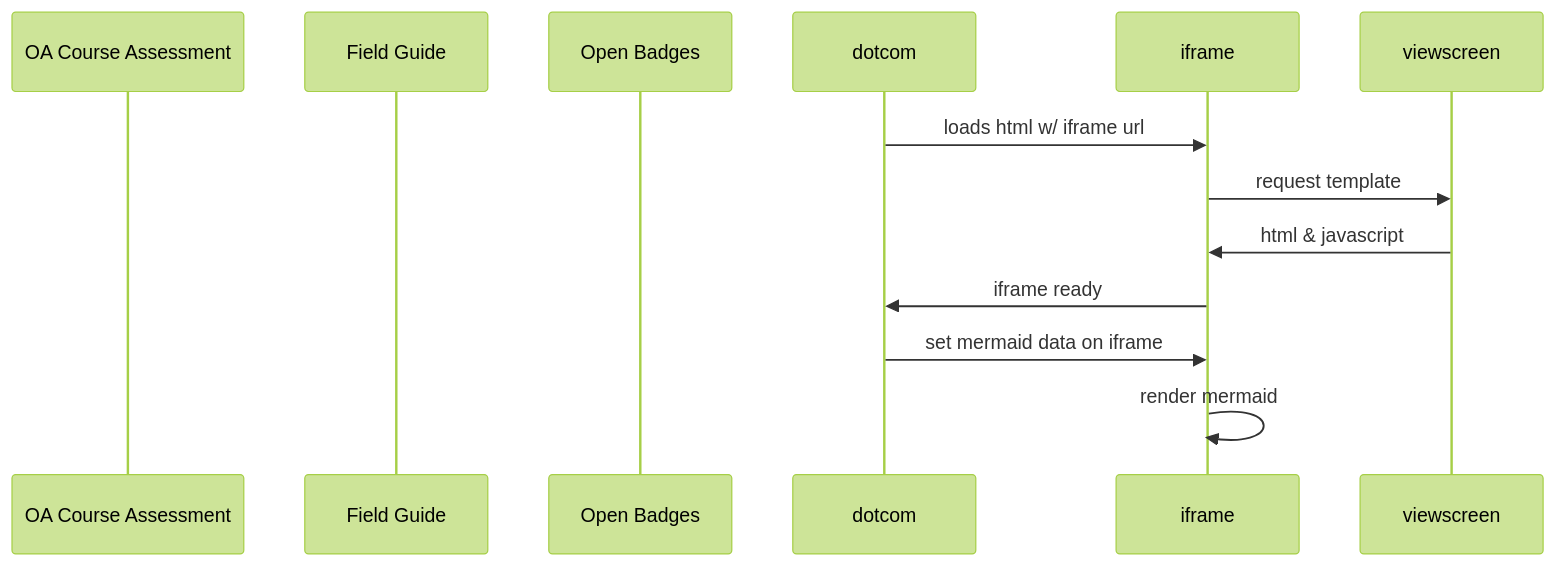
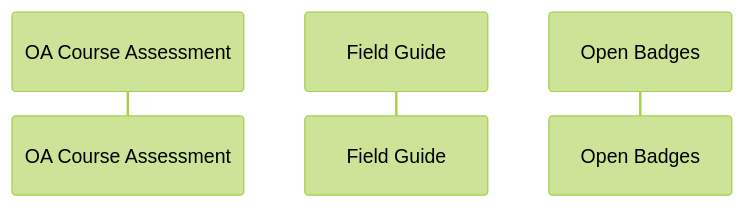
One commit to Web-learning/Open-Umbrella changed the diagram in README.md. Above: the diagram before and after it, drawn with Mermaid (forest theme).

Commit message:
Update README.md
mermaid

````diff
--- a/README.md
+++ b/README.md
@@ -56,12 +56,6 @@
 ```mermaid
 sequenceDiagram
     participant OA Course Assessment 
     participant Field Guide 
     participant Open Badges
-    dotcom->>iframe: loads html w/ iframe url
-    iframe->>viewscreen: request template
-    viewscreen->>iframe: html & javascript
-    iframe->>dotcom: iframe ready
-    dotcom->>iframe: set mermaid data on iframe
-    iframe->>iframe: render mermaid
 ```
````
